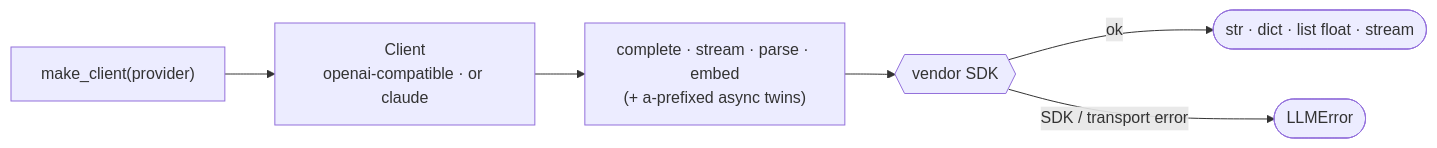
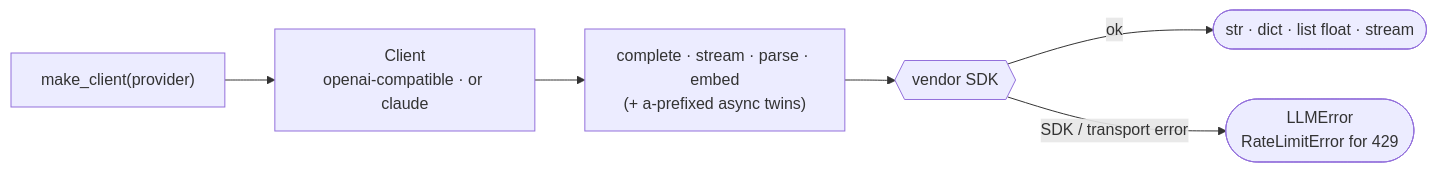
The diagram in README.md (seokhoonj/thinchat), drawn with Mermaid before and after one commit. The commit also changed other lines of this file and 10 other files, not shown here.

First line of the commit message:
feat: distinguish rate limits with a typed `RateLimitError`

````diff
--- a/README.md
+++ b/README.md
@@ -134,8 +151,8 @@
 ```mermaid
 flowchart LR
   M["make_client(provider)"] --> C["Client<br/>openai-compatible · or claude"]
   C --> V["complete · stream · parse · embed<br/>(+ a-prefixed async twins)"]
   V --> S{{"vendor SDK"}}
   S -->|ok| O(["str · dict · list float · stream"])
-  S -->|"SDK / transport error"| E(["LLMError"])
+  S -->|"SDK / transport error"| E(["LLMError<br/>RateLimitError for 429"])
 ```
````
